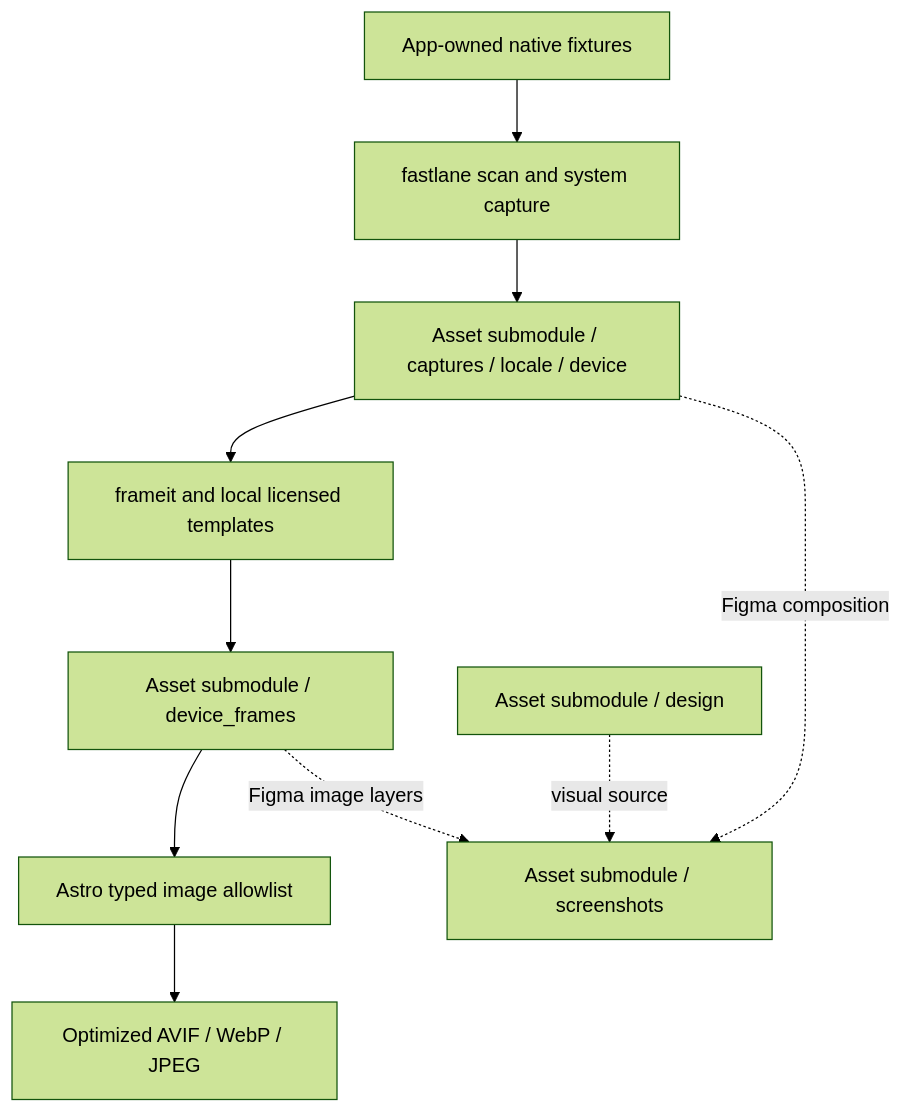
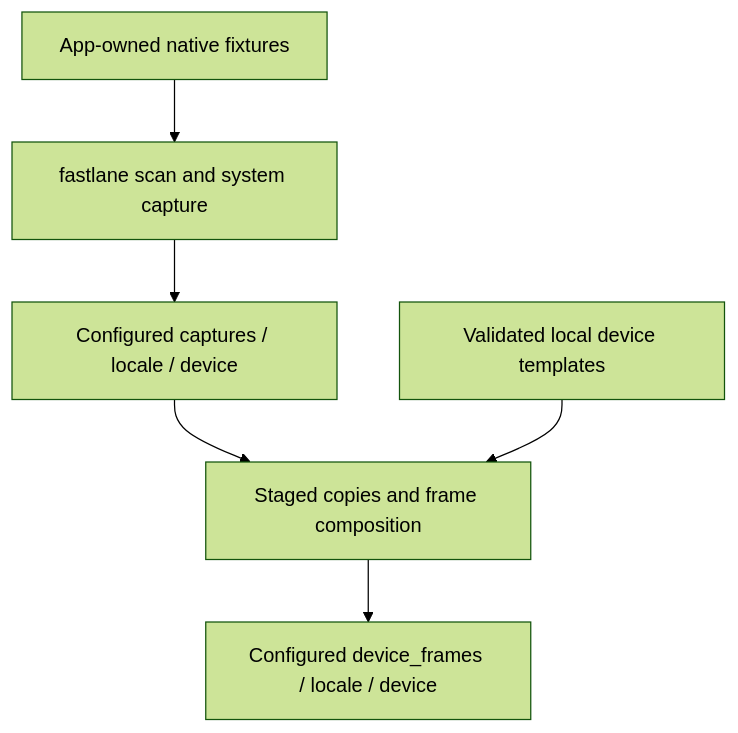
One commit to AkinoKaede/Termind changed the third of 3 diagrams in openwiki/architecture/supporting-system-directories.md. Above: the diagram before and after it, drawn with Mermaid (forest theme). The commit also changed other lines of this file and 15 other files, not shown here.

````diff
--- a/openwiki/architecture/supporting-system-directories.md
+++ b/openwiki/architecture/supporting-system-directories.md
@@ -219,12 +194,8 @@
 ```mermaid
 flowchart TB
     Native["App-owned native fixtures"] --> Capture["fastlane scan and system capture"]
-    Capture --> Raw["Asset submodule / captures / locale / device"]
-    Raw --> Frames["frameit and local licensed templates"]
-    Frames --> Framed["Asset submodule / device_frames"]
-    Framed --> Images["Astro typed image allowlist"]
-    Images --> Astro["Optimized AVIF / WebP / JPEG"]
-    Raw -.->|Figma composition| Store["Asset submodule / screenshots"]
-    Framed -.->|Figma image layers| Store
-    Brand["Asset submodule / design"] -.->|visual source| Store
+    Capture --> Raw["Configured captures / locale / device"]
+    Raw --> Frames["Staged copies and frame composition"]
+    Templates["Validated local device templates"] --> Frames
+    Frames --> Framed["Configured device_frames / locale / device"]
 ```
````
